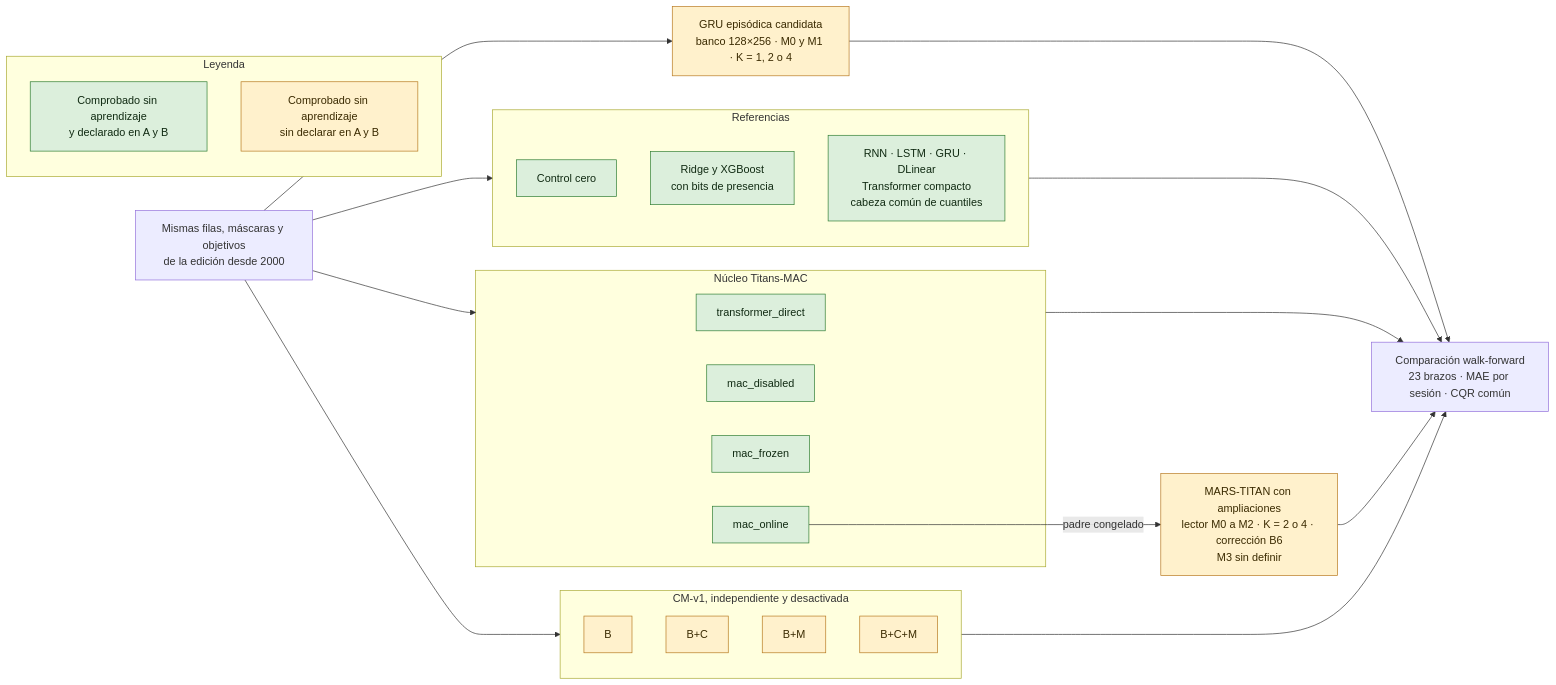
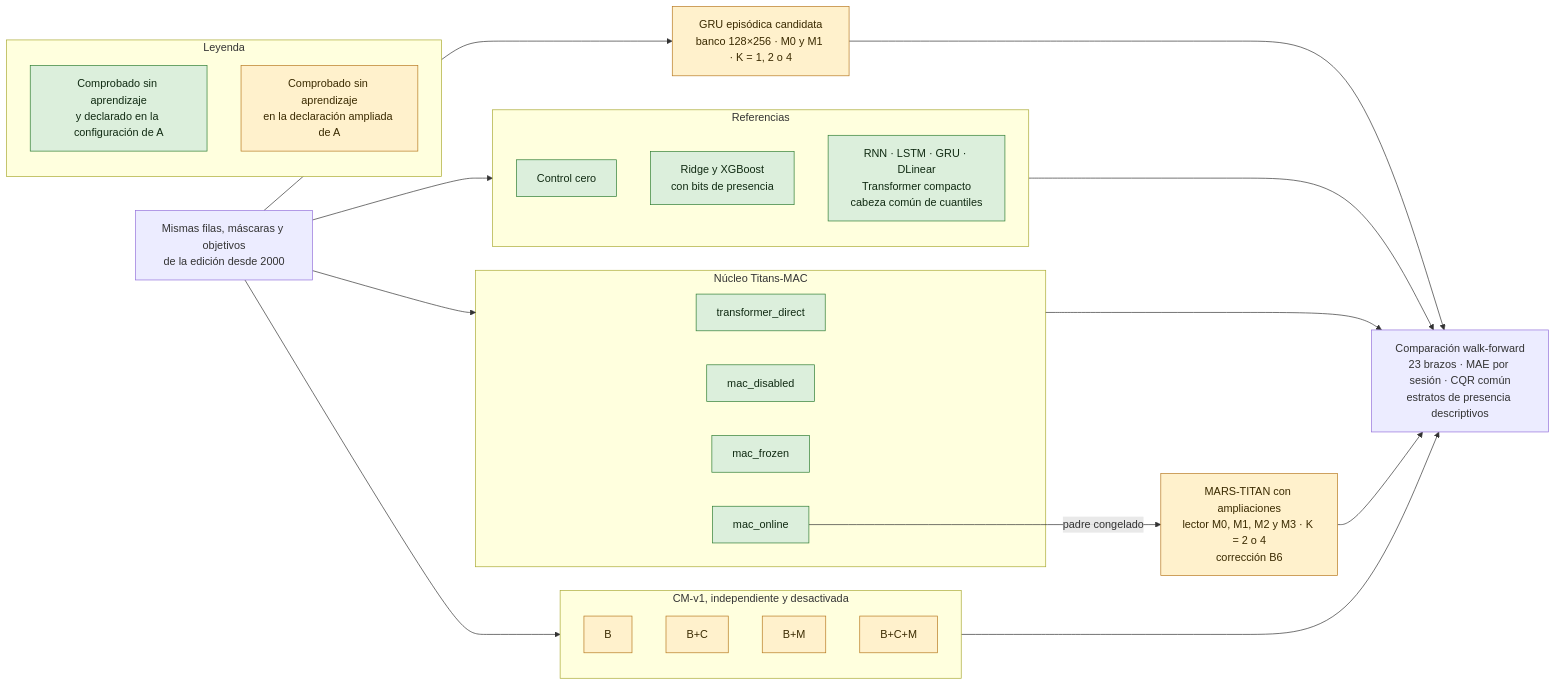
The second of 3 diagrams in README.md (GonxKZ/mars-titan), drawn with Mermaid before and after one commit. The commit also changed other lines of this file and 312 other files, not shown here.

First line of the commit message:
chore(release): publish the integrity bench, complete walk-forward evaluation and comparison matrix (#471)

````diff
--- a/README.md
+++ b/README.md
@@ -73,50 +81,49 @@
 ```mermaid
 flowchart LR
     D["Mismas filas, máscaras y objetivos<br/>de la edición desde 2000"]
 
     subgraph REF["Referencias"]
         Z["Control cero"]:::comprobado
         TAB["Ridge y XGBoost<br/>con bits de presencia"]:::comprobado
         NEU["RNN · LSTM · GRU · DLinear<br/>Transformer compacto<br/>cabeza común de cuantiles"]:::comprobado
     end
 
     G["GRU episódica candidata<br/>banco 128×256 · M0 y M1 · K = 1, 2 o 4"]:::parcial
 
     subgraph TIT["Núcleo Titans-MAC"]
         T1["transformer_direct"]:::comprobado
         T2["mac_disabled"]:::comprobado
         T3["mac_frozen"]:::comprobado
         T4["mac_online"]:::comprobado
     end
 
-    M["MARS-TITAN con ampliaciones<br/>lector M0 a M2 · K = 2 o 4 · corrección B6<br/>M3 sin definir"]:::parcial
+    M["MARS-TITAN con ampliaciones<br/>lector M0, M1, M2 y M3 · K = 2 o 4<br/>corrección B6"]:::parcial
 
     subgraph CM["CM-v1, independiente y desactivada"]
         C1["B"]:::parcial
         C2["B+C"]:::parcial
         C3["B+M"]:::parcial
         C4["B+C+M"]:::parcial
     end
 
-    EV["Comparación walk-forward<br/>23 brazos · MAE por sesión · CQR común"]
+    EV["Comparación walk-forward<br/>23 brazos · MAE por sesión · CQR común<br/>estratos de presencia descriptivos"]
 
     D --> REF
     D --> G
     D --> TIT
     D --> CM
     T4 -- padre congelado --> M
     REF --> EV
     G --> EV
     TIT --> EV
     M --> EV
     CM --> EV
 
     subgraph LEY["Leyenda"]
-        L1["Comprobado sin aprendizaje<br/>y declarado en A y B"]:::comprobado
-        L2["Comprobado sin aprendizaje<br/>sin declarar en A y B"]:::parcial
+        L1["Comprobado sin aprendizaje<br/>y declarado en la configuración de A"]:::comprobado
+        L2["Comprobado sin aprendizaje<br/>en la declaración ampliada de A"]:::parcial
     end
 
     classDef comprobado fill:#dcefdc,stroke:#2e7d32,color:#102a12
     classDef parcial fill:#fff1cc,stroke:#b7791f,color:#3a2a00
-    classDef pendiente fill:#eeeeee,stroke:#757575,color:#222222,stroke-dasharray:5 3
 ```
````
